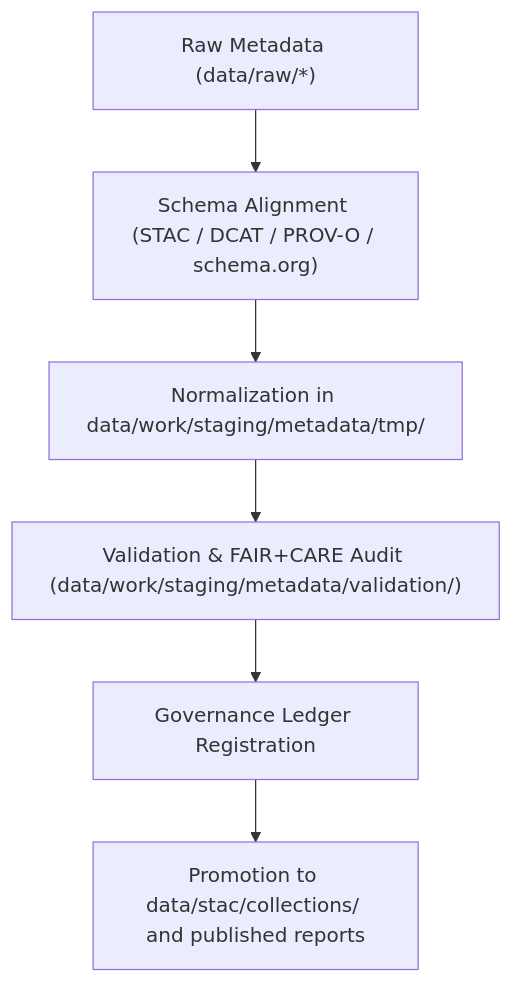
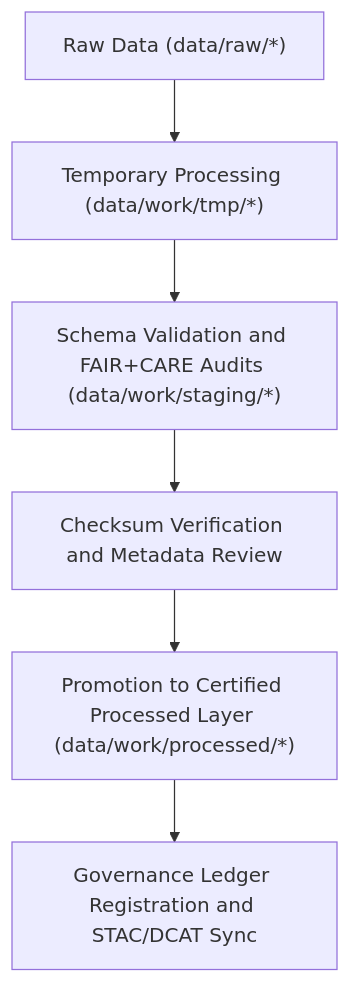
The diagram in data/work/staging/metadata/README.md (bartytime4life/Kansas-Frontier-Matrix), drawn with Mermaid before and after one commit. The commit also changed other lines of this file, not shown here.

````diff
--- a/data/work/staging/metadata/README.md
+++ b/data/work/staging/metadata/README.md
@@ -78,8 +74,8 @@
 ```mermaid
 flowchart TD
-    A["Raw Metadata (data/raw/*)"] --> B["Schema Alignment (STAC / DCAT / PROV-O / schema.org)"]
-    B --> C["Normalization in data/work/staging/metadata/tmp/"]
-    C --> D["Validation & FAIR+CARE Audit (data/work/staging/metadata/validation/)"]
-    D --> E["Governance Ledger Registration"]
-    E --> F["Promotion to data/stac/collections/ and published reports"]
+    A["Raw Data (data/raw/*)"] --> B["Temporary Processing (data/work/tmp/*)"]
+    B --> C["Schema Validation and FAIR+CARE Audits (data/work/staging/*)"]
+    C --> D["Checksum Verification and Metadata Review"]
+    D --> E["Promotion to Certified Processed Layer (data/work/processed/*)"]
+    E --> F["Governance Ledger Registration and STAC/DCAT Sync"]
 ```
````
